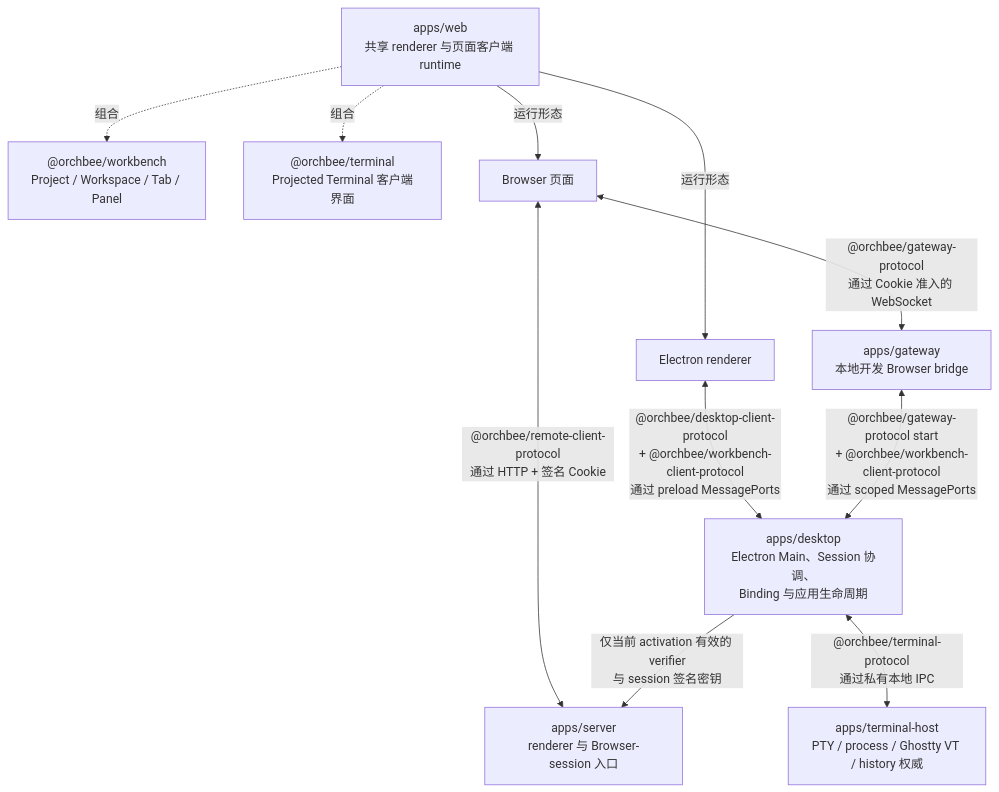
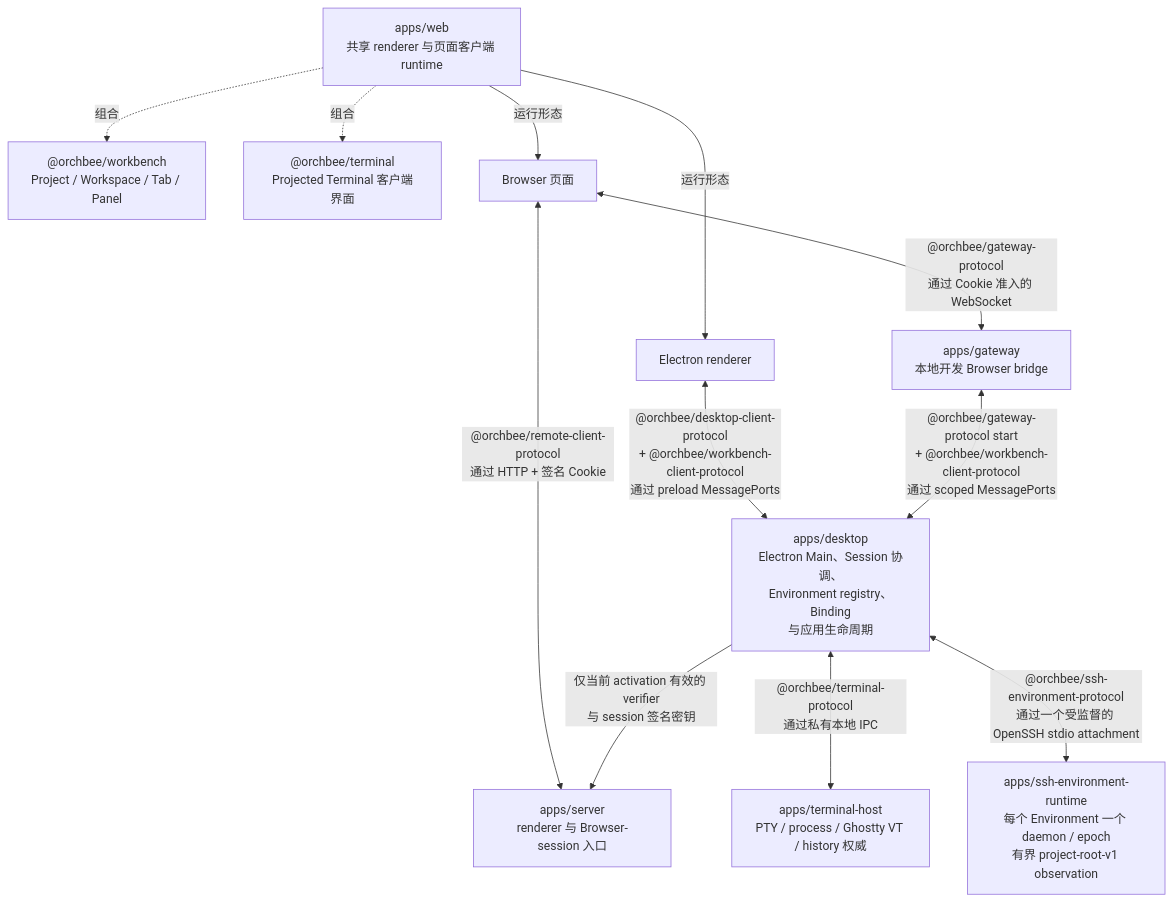
The diagram in docs/zh-CN/ARCHITECTURE.md (i-need-token/orchbee), drawn with Mermaid before and after one commit. The commit also changed 235 other files, not shown here.

````diff
--- a/docs/zh-CN/ARCHITECTURE.md
+++ b/docs/zh-CN/ARCHITECTURE.md
@@ -15,18 +15,19 @@
 ```mermaid
 flowchart TB
 	Web["apps/web<br/>共享 renderer 与页面客户端 runtime"]
 	Workbench["@orchbee/workbench<br/>Project / Workspace / Tab / Panel"]
 	Terminal["@orchbee/terminal<br/>Projected Terminal 客户端界面"]
 
 	Web -. "组合" .-> Workbench
 	Web -. "组合" .-> Terminal
 	Web -->|"运行形态"| Electron["Electron renderer"]
 	Web -->|"运行形态"| Browser["Browser 页面"]
 
-	Electron <-->|"@orchbee/desktop-client-protocol<br/>+ @orchbee/workbench-client-protocol<br/>通过 preload MessagePorts"| Desktop["apps/desktop<br/>Electron Main、Session 协调、<br/>Binding 与应用生命周期"]
+	Electron <-->|"@orchbee/desktop-client-protocol<br/>+ @orchbee/workbench-client-protocol<br/>通过 preload MessagePorts"| Desktop["apps/desktop<br/>Electron Main、Session 协调、<br/>Environment registry、Binding<br/>与应用生命周期"]
 	Browser <-->|"@orchbee/remote-client-protocol<br/>通过 HTTP + 签名 Cookie"| Server["apps/server<br/>renderer 与 Browser-session 入口"]
 	Browser <-->|"@orchbee/gateway-protocol<br/>通过 Cookie 准入的 WebSocket"| Gateway["apps/gateway<br/>本地开发 Browser bridge"]
 	Desktop -->|"仅当前 activation 有效的 verifier<br/>与 session 签名密钥"| Server
 	Gateway <-->|"@orchbee/gateway-protocol start<br/>+ @orchbee/workbench-client-protocol<br/>通过 scoped MessagePorts"| Desktop
 	Desktop <-->|"@orchbee/terminal-protocol<br/>通过私有本地 IPC"| Host["apps/terminal-host<br/>PTY / process / Ghostty VT / history 权威"]
+	Desktop <-->|"@orchbee/ssh-environment-protocol<br/>通过一个受监督的 OpenSSH stdio attachment"| SshRuntime["apps/ssh-environment-runtime<br/>每个 Environment 一个 daemon / epoch<br/>有界 project-root-v1 observation"]
 ```
````
